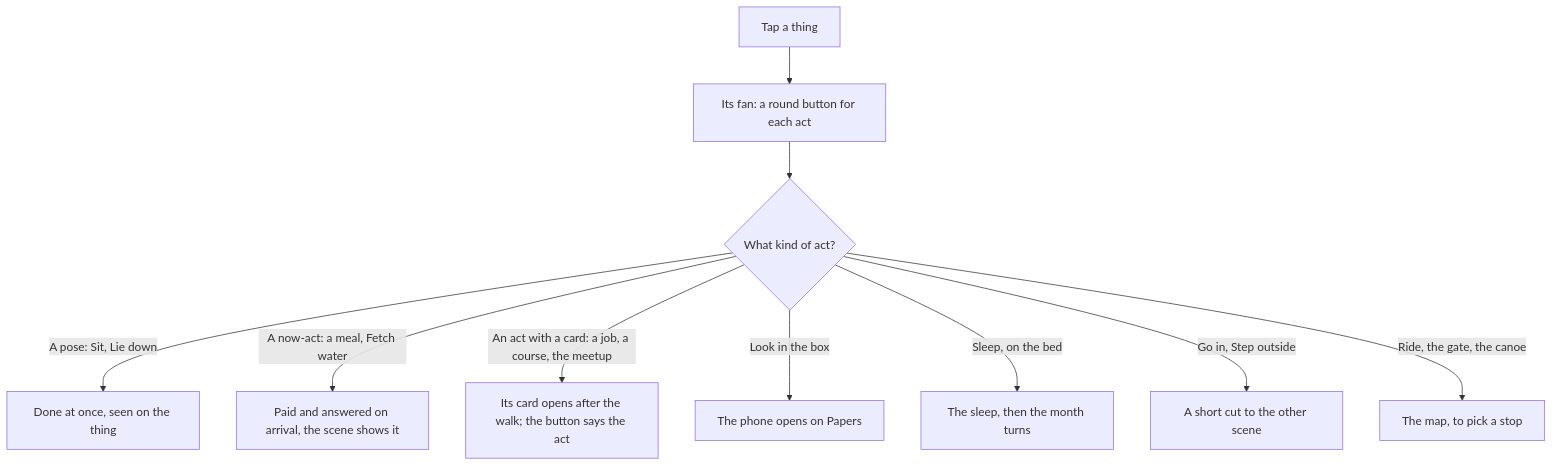
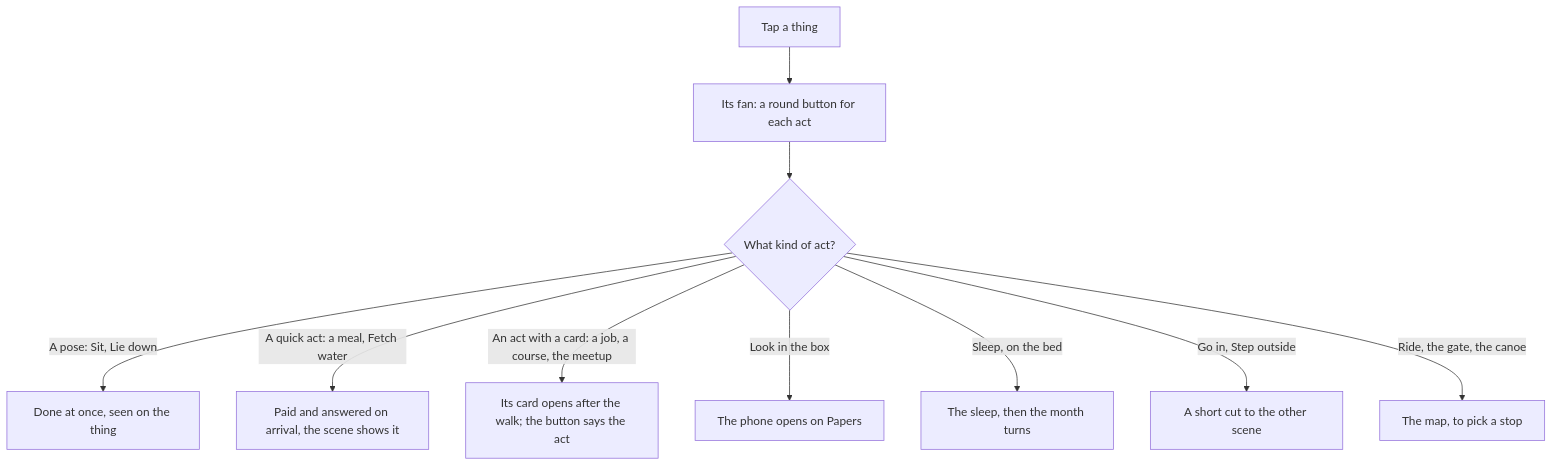
Before and after one commit to buildlab-studio/japacity: the diagram in docs/site/plays/city.md, drawn with Mermaid. The commit also changed other lines of this file and 157 other files, not shown here.

````diff
--- a/docs/site/plays/city.md
+++ b/docs/site/plays/city.md
@@ -49,12 +31,12 @@
 ```mermaid
 flowchart TD
   T["Tap a thing"] --> C["Its fan: a round button for each act"]
   C --> K{"What kind of act?"}
   K -->|"A pose: Sit, Lie down"| P["Done at once, seen on the thing"]
-  K -->|"A now-act: a meal, Fetch water"| N["Paid and answered on arrival, the scene shows it"]
+  K -->|"A quick act: a meal, Fetch water"| N["Paid and answered on arrival, the scene shows it"]
   K -->|"An act with a card: a job, a course, the meetup"| S["Its card opens after the walk; the button says the act"]
   K -->|"Look in the box"| A["The phone opens on Papers"]
   K -->|"Sleep, on the bed"| M["The sleep, then the month turns"]
   K -->|"Go in, Step outside"| X["A short cut to the other scene"]
   K -->|"Ride, the gate, the canoe"| R["The map, to pick a stop"]
 ```
````
